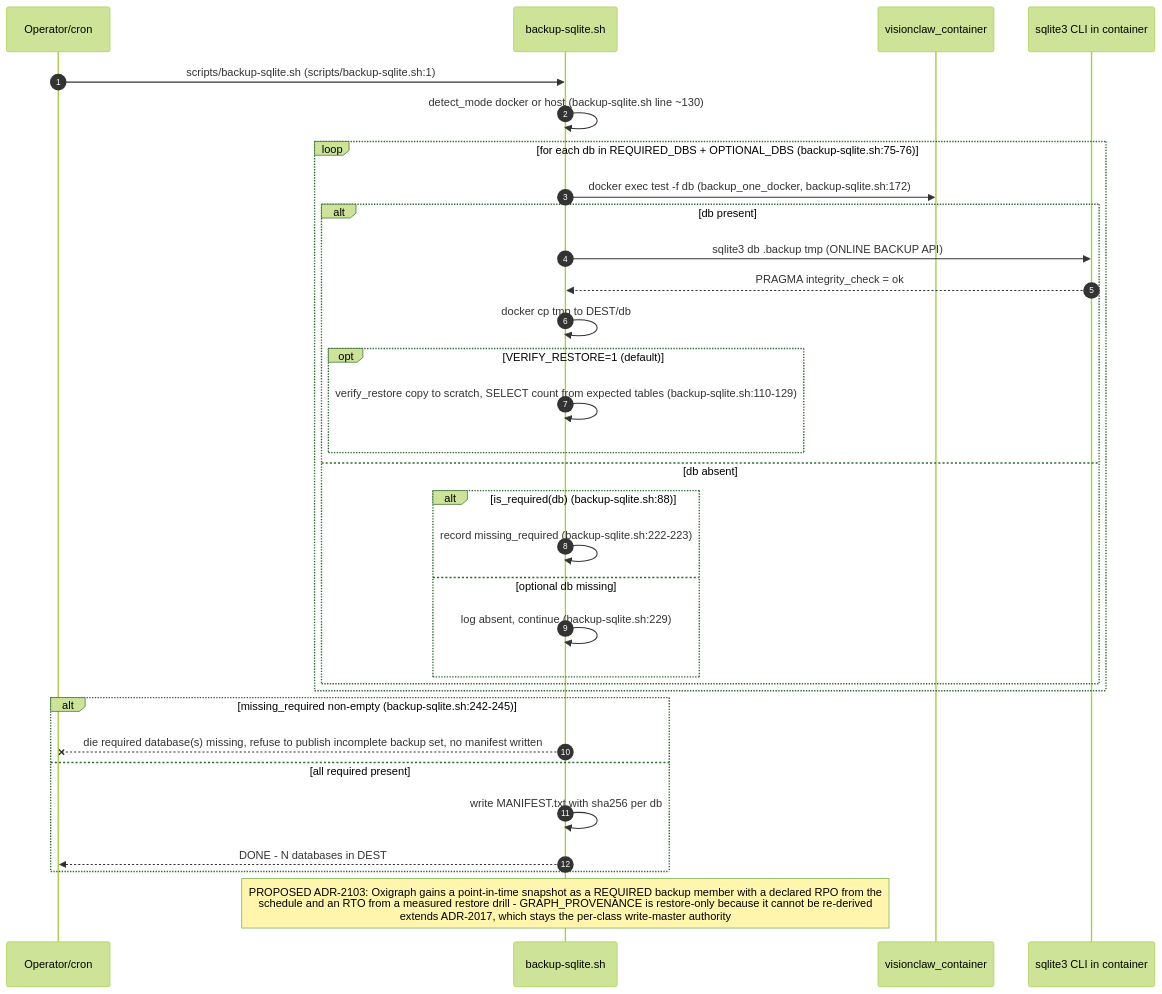
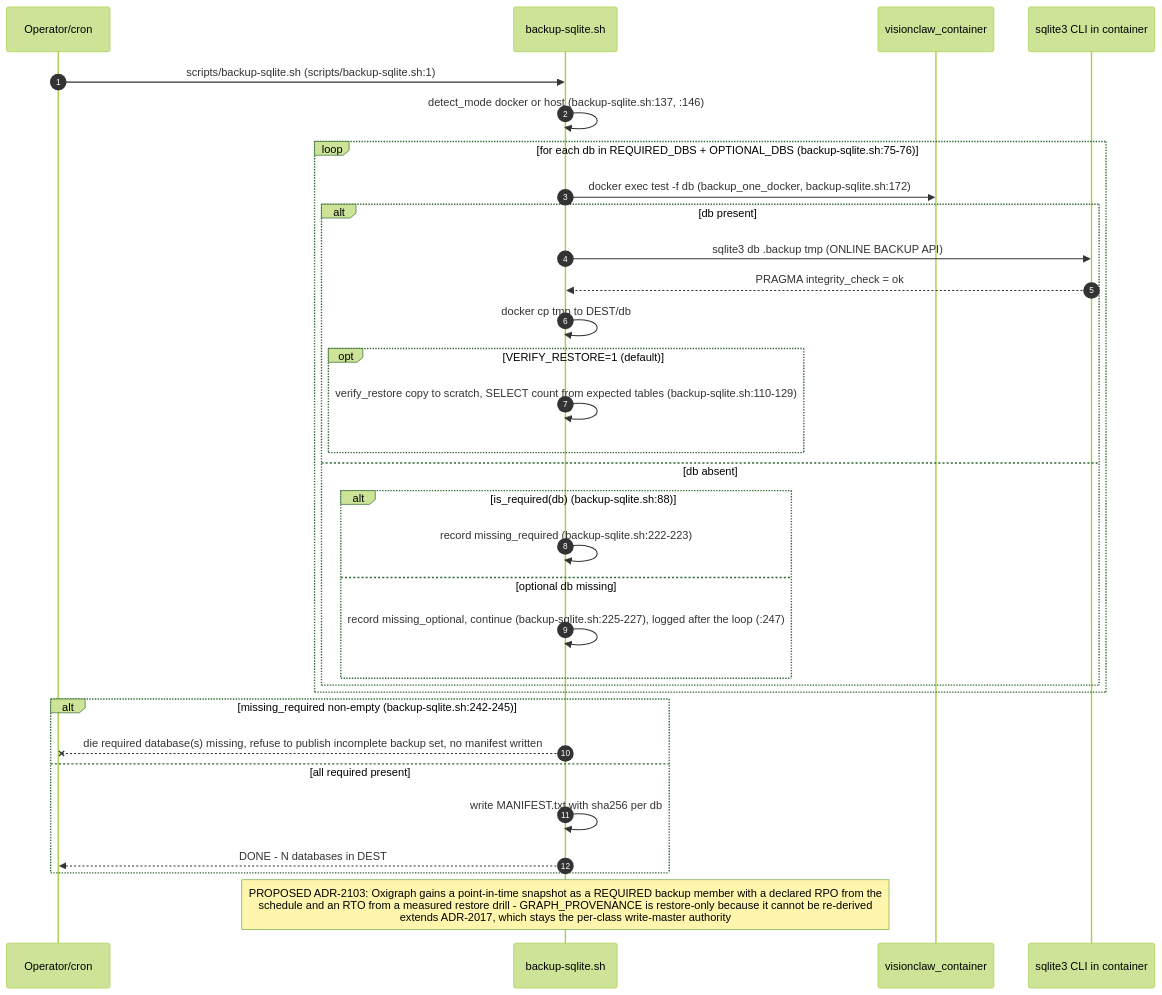
The seventh of 11 diagrams in docs/diagrams/visionclaw/22-data-authority-provenance-erasure.md (DreamLab-AI/VisionFlow), drawn with Mermaid (forest theme) before and after one commit. The commit also changed other lines of this file and 173 other files, not shown here.

````diff
--- a/docs/diagrams/visionclaw/22-data-authority-provenance-erasure.md
+++ b/docs/diagrams/visionclaw/22-data-authority-provenance-erasure.md
@@ -324,35 +327,35 @@
 ```mermaid
 sequenceDiagram
     autonumber
     participant OP as Operator/cron
     participant SH as backup-sqlite.sh
     participant CT as visionclaw_container
     participant SQL as sqlite3 CLI in container
 
     OP->>SH: scripts/backup-sqlite.sh (scripts/backup-sqlite.sh:1)
-    SH->>SH: detect_mode docker or host (backup-sqlite.sh line ~130)
+    SH->>SH: detect_mode docker or host (backup-sqlite.sh:137, :146)
     loop for each db in REQUIRED_DBS + OPTIONAL_DBS (backup-sqlite.sh:75-76)
         SH->>CT: docker exec test -f db (backup_one_docker, backup-sqlite.sh:172)
         alt db present
             SH->>SQL: sqlite3 db .backup tmp (ONLINE BACKUP API)
             SQL-->>SH: PRAGMA integrity_check = ok
             SH->>SH: docker cp tmp to DEST/db
             opt VERIFY_RESTORE=1 (default)
                 SH->>SH: verify_restore copy to scratch, SELECT count from expected tables (backup-sqlite.sh:110-129)
             end
         else db absent
             alt is_required(db) (backup-sqlite.sh:88)
                 SH->>SH: record missing_required (backup-sqlite.sh:222-223)
             else optional db missing
-                SH->>SH: log absent, continue (backup-sqlite.sh:229)
+                SH->>SH: record missing_optional, continue (backup-sqlite.sh:225-227), logged after the loop (:247)
             end
         end
     end
     alt missing_required non-empty (backup-sqlite.sh:242-245)
         SH--xOP: die required database(s) missing, refuse to publish incomplete backup set, no manifest written
     else all required present
         SH->>SH: write MANIFEST.txt with sha256 per db
         SH-->>OP: DONE - N databases in DEST
     end
     Note over SH: PROPOSED ADR-2103: Oxigraph gains a point-in-time snapshot as a REQUIRED backup member with a declared RPO from the<br/>schedule and an RTO from a measured restore drill - GRAPH_PROVENANCE is restore-only because it cannot be re-derived<br/>extends ADR-2017, which stays the per-class write-master authority
 ```
````
